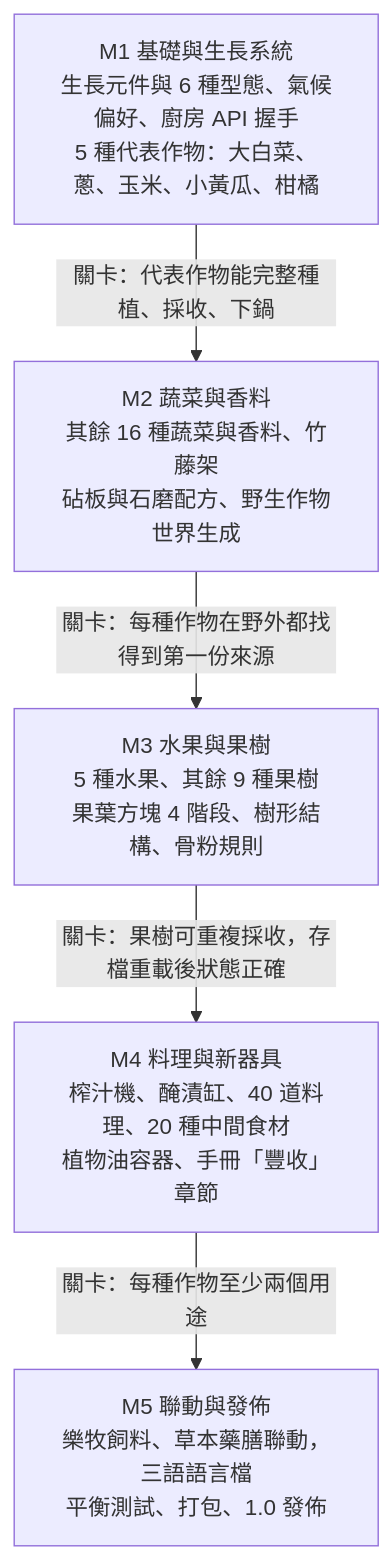
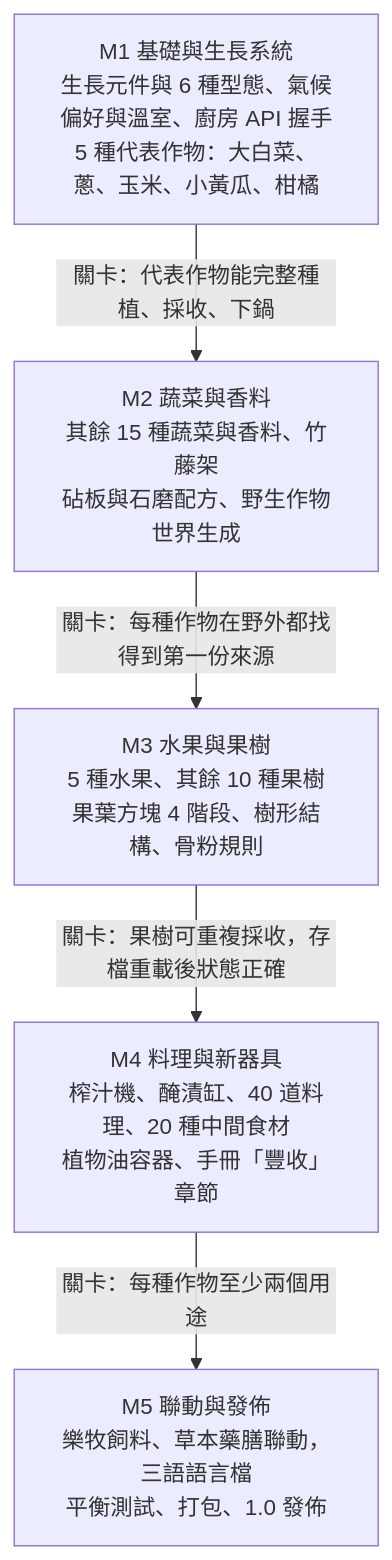
The diagram in docs/PROPOSAL.zh-TW.md (garlicpretty-creator/Kaleidoscope_Harvest_BR), drawn with Mermaid before and after one commit. The commit also changed other lines of this file, not shown here.

````diff
--- a/docs/PROPOSAL.zh-TW.md
+++ b/docs/PROPOSAL.zh-TW.md
@@ -187,12 +188,12 @@
 ```mermaid
 flowchart TD
-    M1["M1 基礎與生長系統<br/>生長元件與 6 種型態、氣候偏好、廚房 API 握手<br/>5 種代表作物：大白菜、蔥、玉米、小黃瓜、柑橘"]
-    M2["M2 蔬菜與香料<br/>其餘 16 種蔬菜與香料、竹藤架<br/>砧板與石磨配方、野生作物世界生成"]
-    M3["M3 水果與果樹<br/>5 種水果、其餘 9 種果樹<br/>果葉方塊 4 階段、樹形結構、骨粉規則"]
+    M1["M1 基礎與生長系統<br/>生長元件與 6 種型態、氣候偏好與溫室、廚房 API 握手<br/>5 種代表作物：大白菜、蔥、玉米、小黃瓜、柑橘"]
+    M2["M2 蔬菜與香料<br/>其餘 15 種蔬菜與香料、竹藤架<br/>砧板與石磨配方、野生作物世界生成"]
+    M3["M3 水果與果樹<br/>5 種水果、其餘 10 種果樹<br/>果葉方塊 4 階段、樹形結構、骨粉規則"]
     M4["M4 料理與新器具<br/>榨汁機、醃漬缸、40 道料理、20 種中間食材<br/>植物油容器、手冊「豐收」章節"]
     M5["M5 聯動與發佈<br/>樂牧飼料、草本藥膳聯動，三語語言檔<br/>平衡測試、打包、1.0 發佈"]
     M1 -->|"關卡：代表作物能完整種植、採收、下鍋"| M2
     M2 -->|"關卡：每種作物在野外都找得到第一份來源"| M3
     M3 -->|"關卡：果樹可重複採收，存檔重載後狀態正確"| M4
     M4 -->|"關卡：每種作物至少兩個用途"| M5
 ```
````
